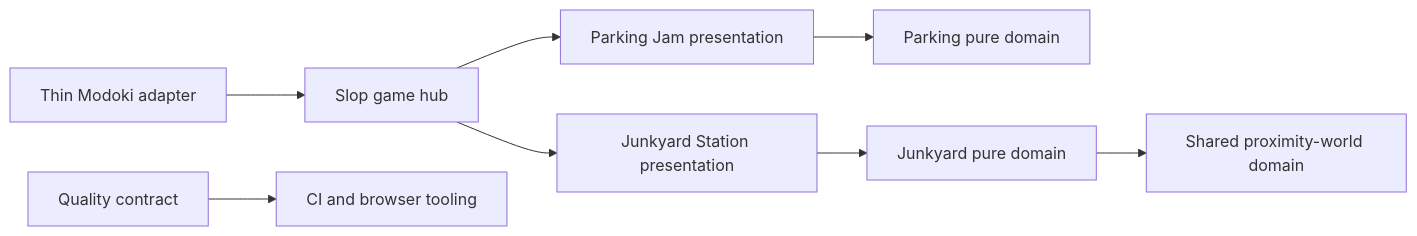
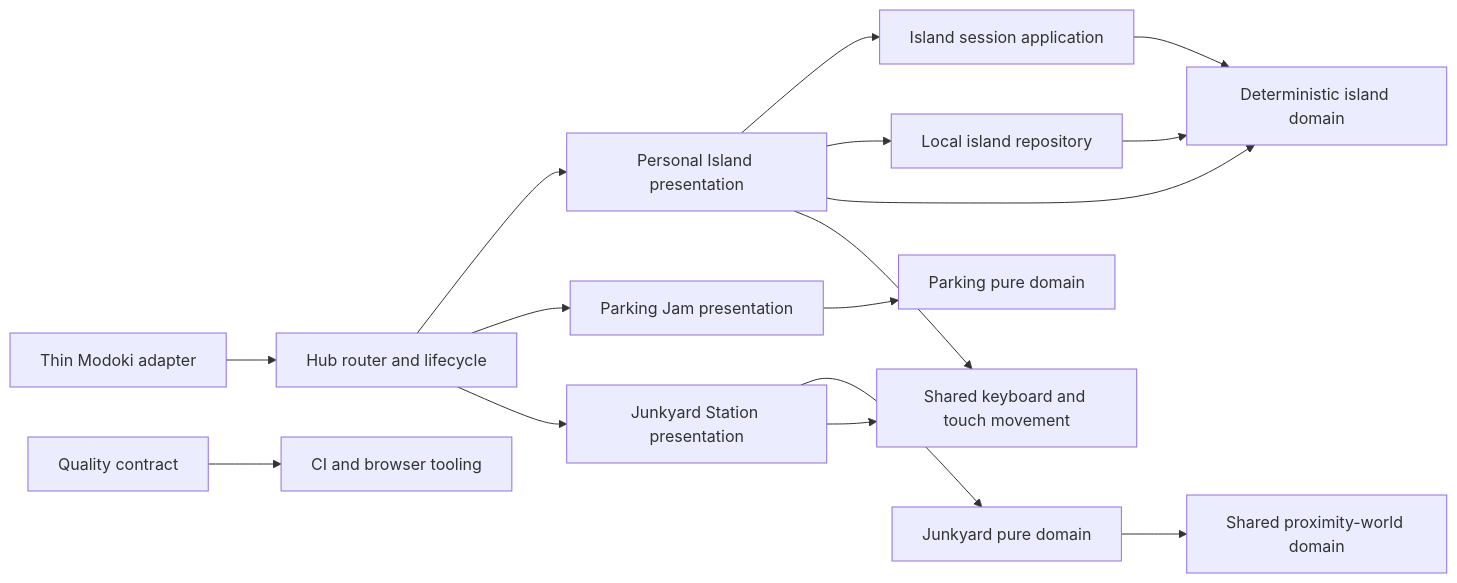
Before and after one commit to T-Damer/slop: the diagram in architecture/current.mmd, drawn with Mermaid. The commit also changed 39 other files, not shown here.

Commit message:
feat: make the personal island the default SLOP world

```diff
--- a/architecture/current.mmd
+++ b/architecture/current.mmd
@@ -1,8 +1,18 @@
 flowchart LR
-    Hub[Slop game hub] --> ParkingPresentation[Parking Jam presentation]
+    Adapter[Thin Modoki adapter] --> Hub[Hub router and lifecycle]
+    Hub --> IslandPresentation[Personal Island presentation]
+    Hub --> ParkingPresentation[Parking Jam presentation]
     Hub --> JunkyardPresentation[Junkyard Station presentation]
+
+    IslandPresentation --> IslandApplication[Island session application]
+    IslandPresentation --> IslandStorage[Local island repository]
+    IslandPresentation --> IslandDomain[Deterministic island domain]
+    IslandPresentation --> PlayerInput[Shared keyboard and touch movement]
+    IslandApplication --> IslandDomain
+    IslandStorage --> IslandDomain
+
     ParkingPresentation --> ParkingDomain[Parking pure domain]
     JunkyardPresentation --> JunkyardDomain[Junkyard pure domain]
+    JunkyardPresentation --> PlayerInput
     JunkyardDomain --> ProximityDomain[Shared proximity-world domain]
-    Adapter[Thin Modoki adapter] --> Hub
     Quality[Quality contract] --> Tooling[CI and browser tooling]
```
